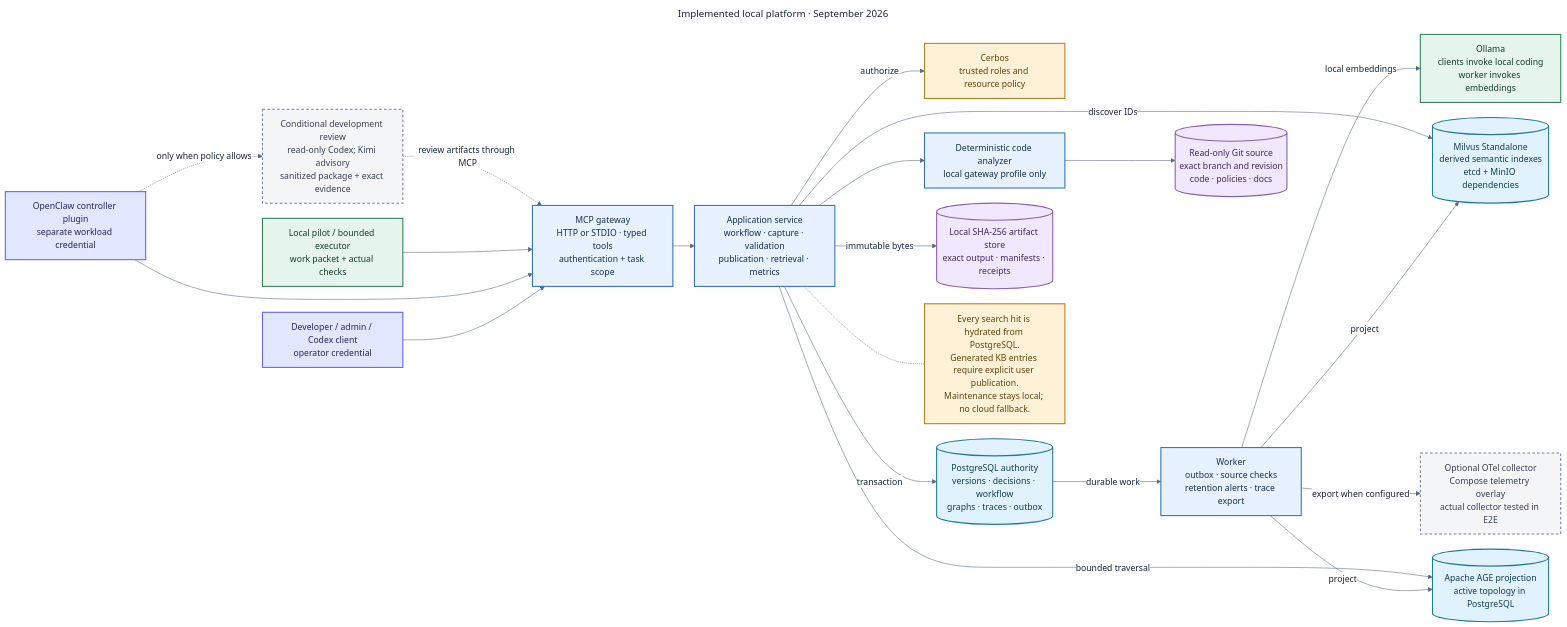
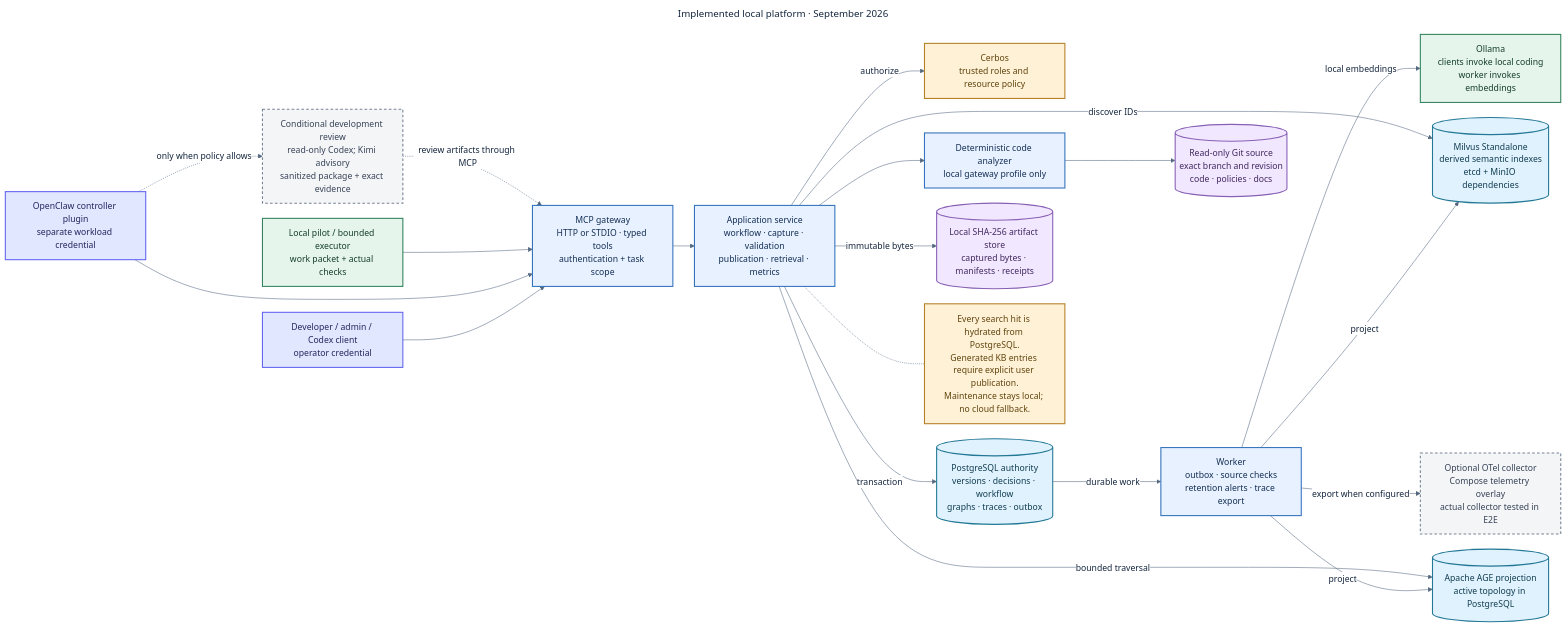
One commit to dhanuka84/local-ai-development-platform changed the diagram in docs/diagrams/hybrid-ai-local-architecture.mmd. Above: the diagram before and after it, drawn with Mermaid. The commit also changed 186 other files, not shown here.

```diff
--- a/docs/diagrams/hybrid-ai-local-architecture.mmd
+++ b/docs/diagrams/hybrid-ai-local-architecture.mmd
@@ -1,50 +1,50 @@
 ---
 title: Implemented local platform · September 2026
 ---
 %%{init: {"theme":"base","themeVariables":{"fontFamily":"Arial, sans-serif","fontSize":"16px","primaryTextColor":"#14263d","lineColor":"#53677f","edgeLabelBackground":"#ffffff"},"flowchart":{"curve":"basis","htmlLabels":true,"nodeSpacing":28,"rankSpacing":40},"fontFamily":"Arial, sans-serif","themeCSS":".nodeLabel, .edgeLabel, .cluster-label, .flowchartTitleText { font-family: Arial, sans-serif !important; }"}}%%
 flowchart LR
         OP["Developer / admin / Codex client<br/>operator credential"]:::client
         OC["OpenClaw controller plugin<br/>separate workload credential"]:::client
         PILOT["Local pilot / bounded executor<br/>work packet + actual checks"]:::local
         MCP["MCP gateway<br/>HTTP or STDIO · typed tools<br/>authentication + task scope"]:::service
         PDP["Cerbos<br/>trusted roles and resource policy"]:::gate
         SVC["Application service<br/>workflow · capture · validation<br/>publication · retrieval · metrics"]:::service
         ANALYZE["Deterministic code analyzer<br/>local gateway profile only"]:::service
         WORKER["Worker<br/>outbox · source checks<br/>retention alerts · trace export"]:::service
         PG[("PostgreSQL authority<br/>versions · decisions · workflow<br/>graphs · traces · outbox")]:::data
-        CAS[("Local SHA-256 artifact store<br/>exact output · manifests · receipts")]:::evidence
+        CAS[("Local SHA-256 artifact store<br/>captured bytes · manifests · receipts")]:::evidence
         AGE[("Apache AGE projection<br/>active topology in PostgreSQL")]:::data
         MV[("Milvus Standalone<br/>derived semantic indexes<br/>etcd + MinIO dependencies")]:::data
         GIT[("Read-only Git source<br/>exact branch and revision<br/>code · policies · docs")]:::evidence
     OLLAMA["Ollama<br/>clients invoke local coding<br/>worker invokes embeddings"]:::local
     OTEL["Optional OTel collector<br/>Compose telemetry overlay<br/>actual collector tested in E2E"]:::target
     CLOUD["Conditional development review<br/>read-only Codex; Kimi advisory<br/>sanitized package + exact evidence"]:::target
     OP --> MCP
     OC --> MCP
     PILOT --> MCP
     MCP --> SVC
     SVC -->|authorize| PDP
     SVC -->|transaction| PG
     SVC -->|immutable bytes| CAS
     SVC --> ANALYZE --> GIT
     PG -->|durable work| WORKER
     WORKER -->|local embeddings| OLLAMA
     WORKER -->|project| MV
     WORKER -->|project| AGE
     WORKER -->|export when configured| OTEL
     SVC -->|discover IDs| MV
     SVC -->|bounded traversal| AGE
     OC -.->|only when policy allows| CLOUD
     CLOUD -.->|review artifacts through MCP| MCP
     NOTE["Every search hit is hydrated from PostgreSQL.<br/>Generated KB entries require explicit user publication.<br/>Maintenance stays local; no cloud fallback."]:::gate
     SVC -.- NOTE
 
     classDef client fill:#e0e7ff,stroke:#6366f1,color:#25265e,stroke-width:2px;
     classDef service fill:#e8f1ff,stroke:#3574bd,color:#142f54,stroke-width:2px;
     classDef local fill:#e5f5eb,stroke:#33845e,color:#163e2a,stroke-width:2px;
     classDef data fill:#e0f2fe,stroke:#237895,color:#113d50,stroke-width:2px;
     classDef evidence fill:#f1e8ff,stroke:#8860b5,color:#422760,stroke-width:2px;
     classDef gate fill:#fff1d6,stroke:#b58128,color:#60440e,stroke-width:2px;
     classDef pending fill:#fff0e9,stroke:#bf7350,color:#743820,stroke-width:2px;
     classDef target fill:#f4f5f7,stroke:#778395,color:#374357,stroke-width:2px,stroke-dasharray:5 4;
     classDef done fill:#d6f5e3,stroke:#268458,color:#16472e,stroke-width:3px;
```
